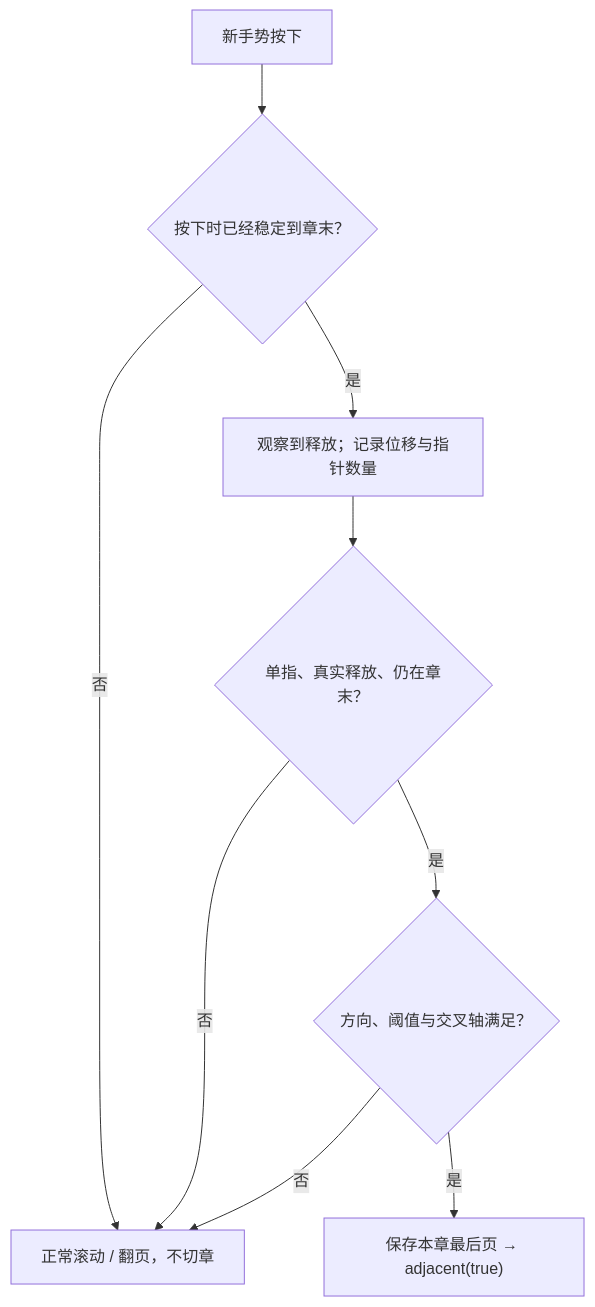
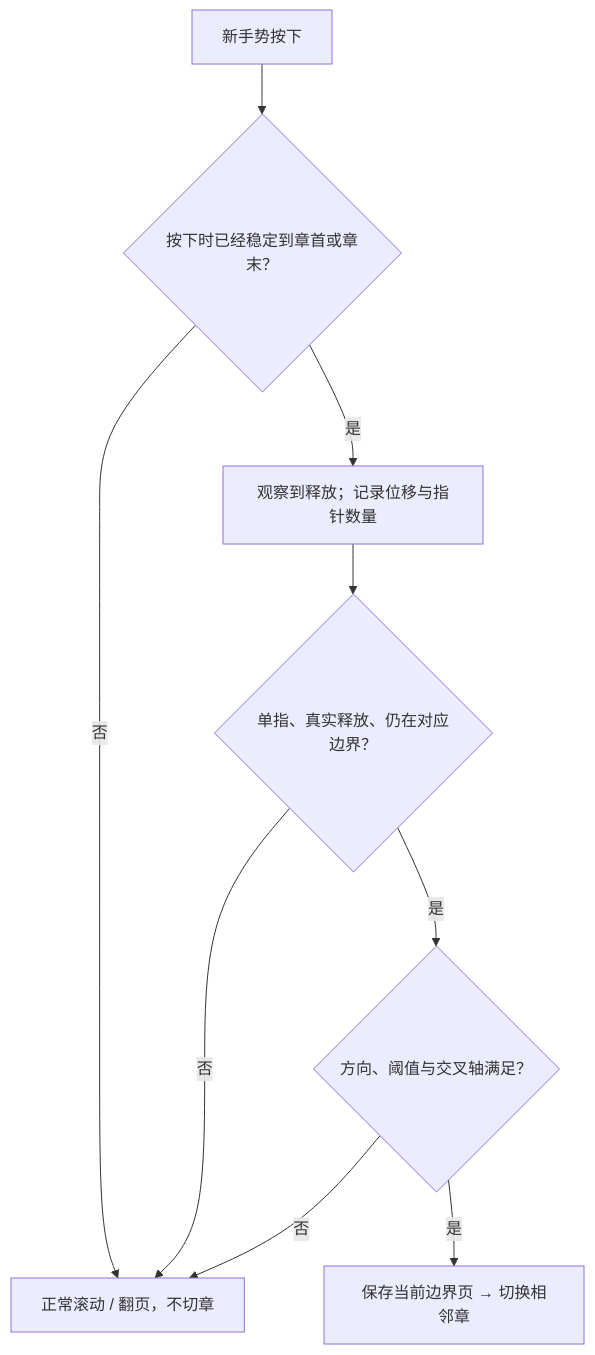
The diagram in Doc/06-阅读器与手势实现.md (hzxslzb/ComicReader), drawn with Mermaid before and after one commit. The commit also changed other lines of this file and 31 other files, not shown here.

````diff
--- a/Doc/06-阅读器与手势实现.md
+++ b/Doc/06-阅读器与手势实现.md
@@ -81,11 +81,11 @@
 ```mermaid
 flowchart TD
-    Down["新手势按下"] --> Ready{"按下时已经稳定到章末？"}
+    Down["新手势按下"] --> Ready{"按下时已经稳定到章首或章末？"}
     Ready -- 否 --> Normal["正常滚动 / 翻页，不切章"]
     Ready -- 是 --> Observe["观察到释放；记录位移与指针数量"]
-    Observe --> Valid{"单指、真实释放、仍在章末？"}
+    Observe --> Valid{"单指、真实释放、仍在对应边界？"}
     Valid -- 否 --> Normal
     Valid -- 是 --> Direction{"方向、阈值与交叉轴满足？"}
     Direction -- 否 --> Normal
-    Direction -- 是 --> Advance["保存本章最后页 → adjacent(true)"]
+    Direction -- 是 --> Advance["保存当前边界页 → 切换相邻章"]
 ```
````
